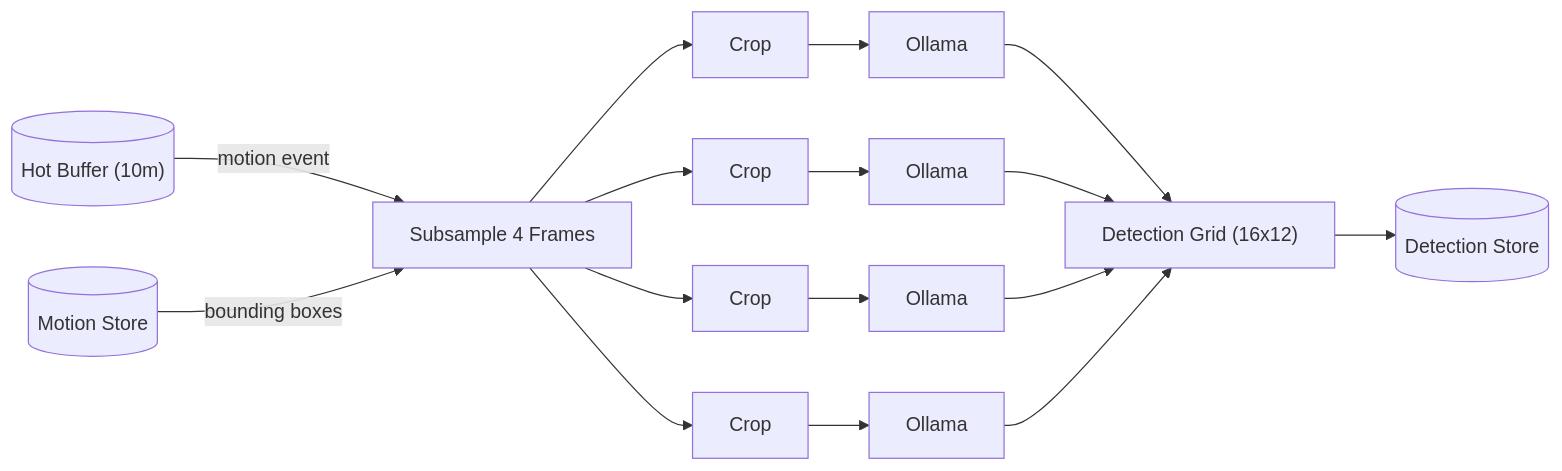
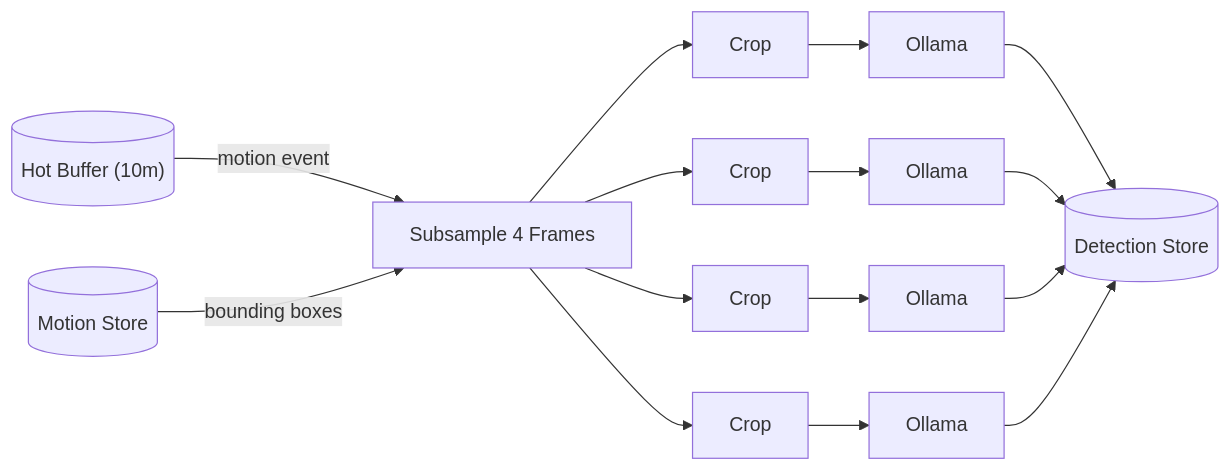
The fourth of 5 diagrams in README.md (nsg/camon), drawn with Mermaid before and after one commit. The commit also changed other lines of this file and 15 other files, not shown here.

````diff
--- a/README.md
+++ b/README.md
@@ -51,10 +59,9 @@
 ```mermaid
 flowchart LR
   HotBuffer[("Hot Buffer (10m)")] -->|motion event| Sub["Subsample 4 Frames"]
   MA[("Motion Store")] -->|bounding boxes| Sub
-  Sub --> Crop1["Crop"] --> Ollama1["Ollama"] --> Grid["Detection Grid (16x12)"]
-  Sub --> Crop2["Crop"] --> Ollama2["Ollama"] --> Grid
-  Sub --> Crop3["Crop"] --> Ollama3["Ollama"] --> Grid
-  Sub --> Crop4["Crop"] --> Ollama4["Ollama"] --> Grid
-  Grid --> DS[("Detection Store")]
+  Sub --> Crop1["Crop"] --> Ollama1["Ollama"] --> DS[("Detection Store")]
+  Sub --> Crop2["Crop"] --> Ollama2["Ollama"] --> DS
+  Sub --> Crop3["Crop"] --> Ollama3["Ollama"] --> DS
+  Sub --> Crop4["Crop"] --> Ollama4["Ollama"] --> DS
 ```
````
